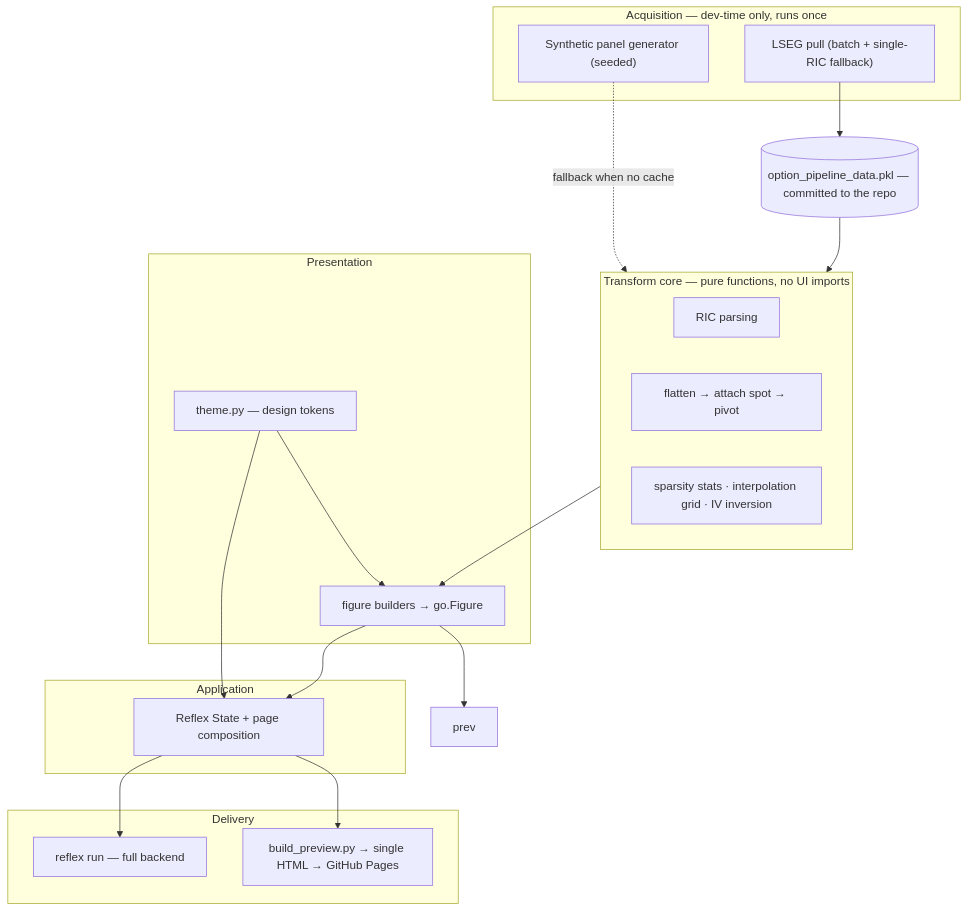
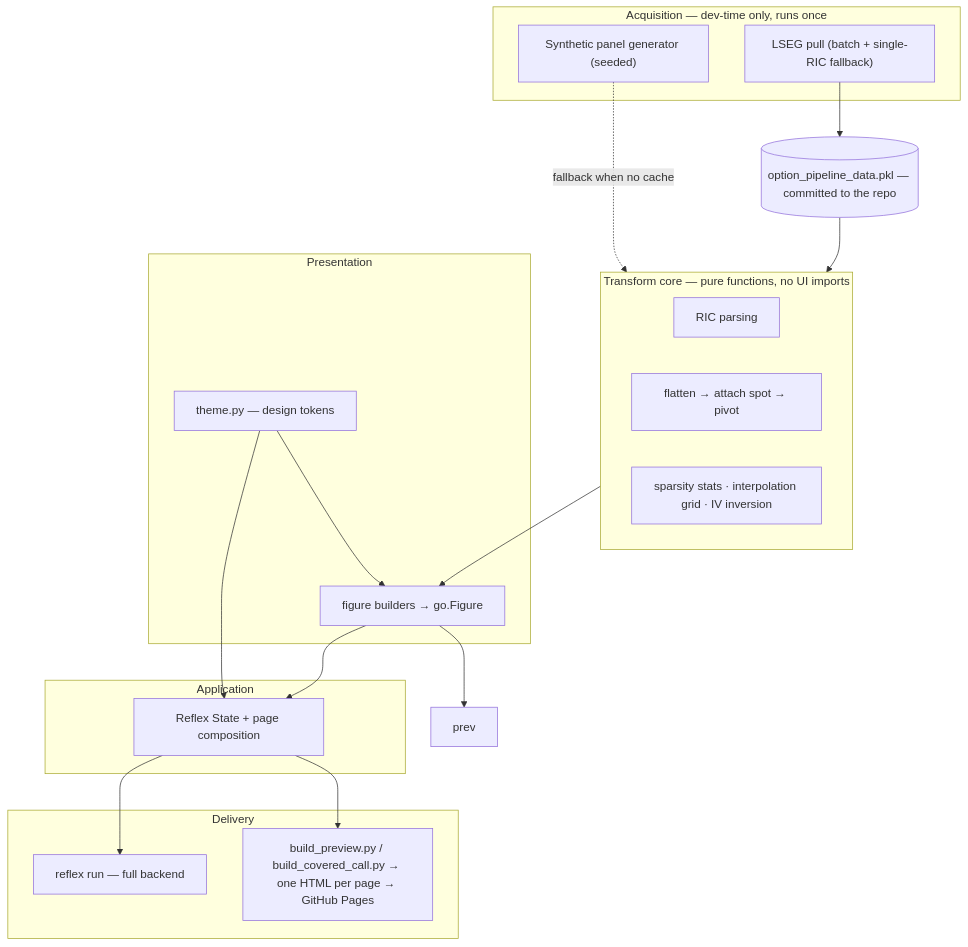
Before and after one commit to Jason-Dorman/options-surface-lab: the first of 2 diagrams in docs/ARCHITECTURE.md, drawn with Mermaid. The commit also changed other lines of this file and 20 other files, not shown here.

Commit message:
adding covered call shell page

````diff
--- a/docs/ARCHITECTURE.md
+++ b/docs/ARCHITECTURE.md
@@ -43,35 +44,35 @@
 ```mermaid
 flowchart TB
     subgraph acq["Acquisition — dev-time only, runs once"]
         lseg["LSEG pull (batch + single-RIC fallback)"]
         synth["Synthetic panel generator (seeded)"]
     end
     cache[("option_pipeline_data.pkl — committed to the repo")]
     subgraph core["Transform core — pure functions, no UI imports"]
         parse["RIC parsing"]
         reshape["flatten → attach spot → pivot"]
         stats["sparsity stats · interpolation grid · IV inversion"]
     end
     subgraph pres["Presentation"]
         theme["theme.py — design tokens"]
         figs["figure builders → go.Figure"]
     end
     subgraph appl["Application"]
         page["Reflex State + page composition"]
     end
     subgraph delivery["Delivery"]
         local["reflex run — full backend"]
-        static["build_preview.py → single HTML → GitHub Pages"]
+        static["build_preview.py / build_covered_call.py → one HTML per page → GitHub Pages"]
     end
 
     lseg --> cache
     synth -.->|"fallback when no cache"| core
     cache --> core
     core --> figs
     theme --> figs
     theme --> page
     figs --> page
     figs --> prev
     page --> local
     page --> static
 ```
````
